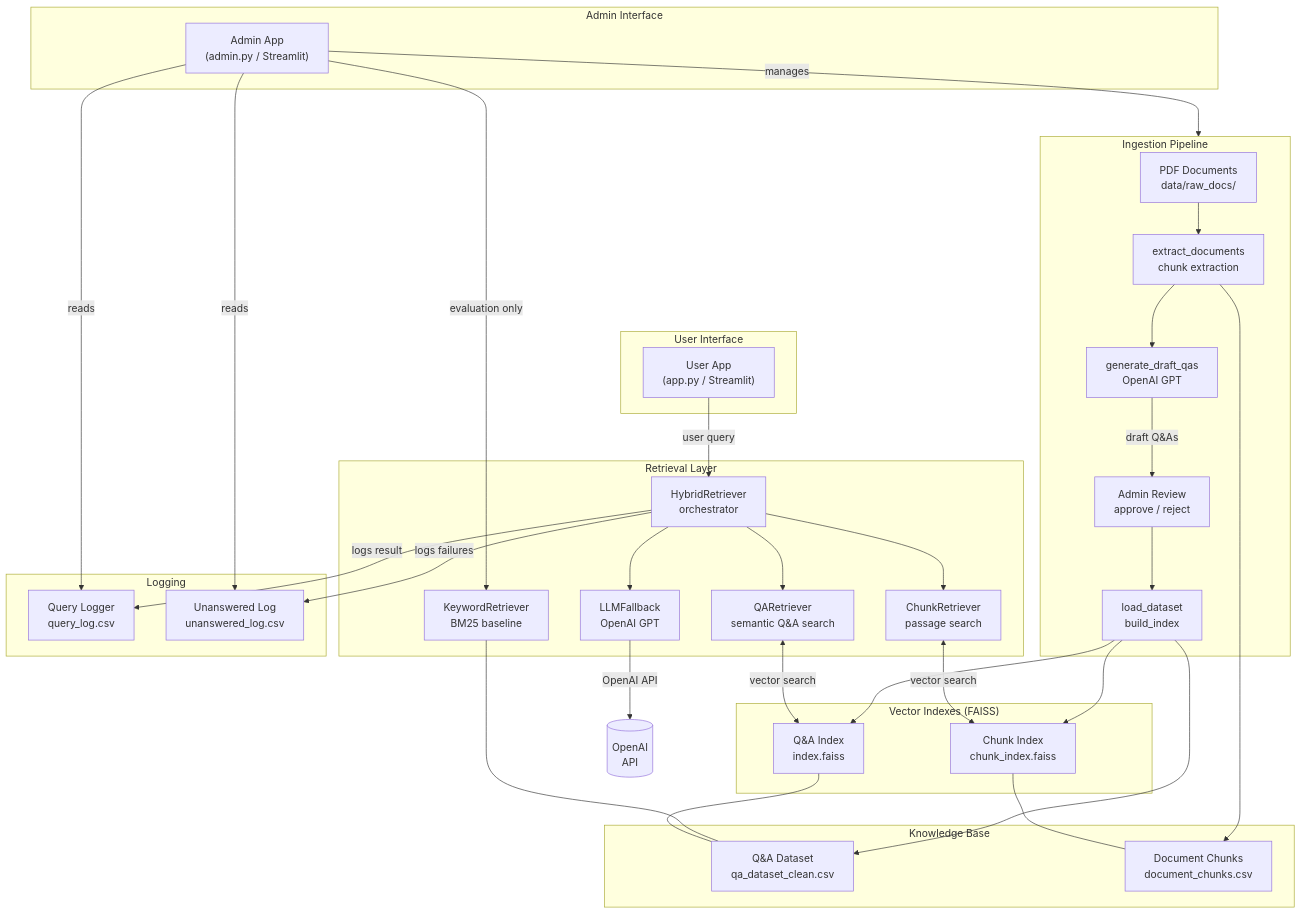
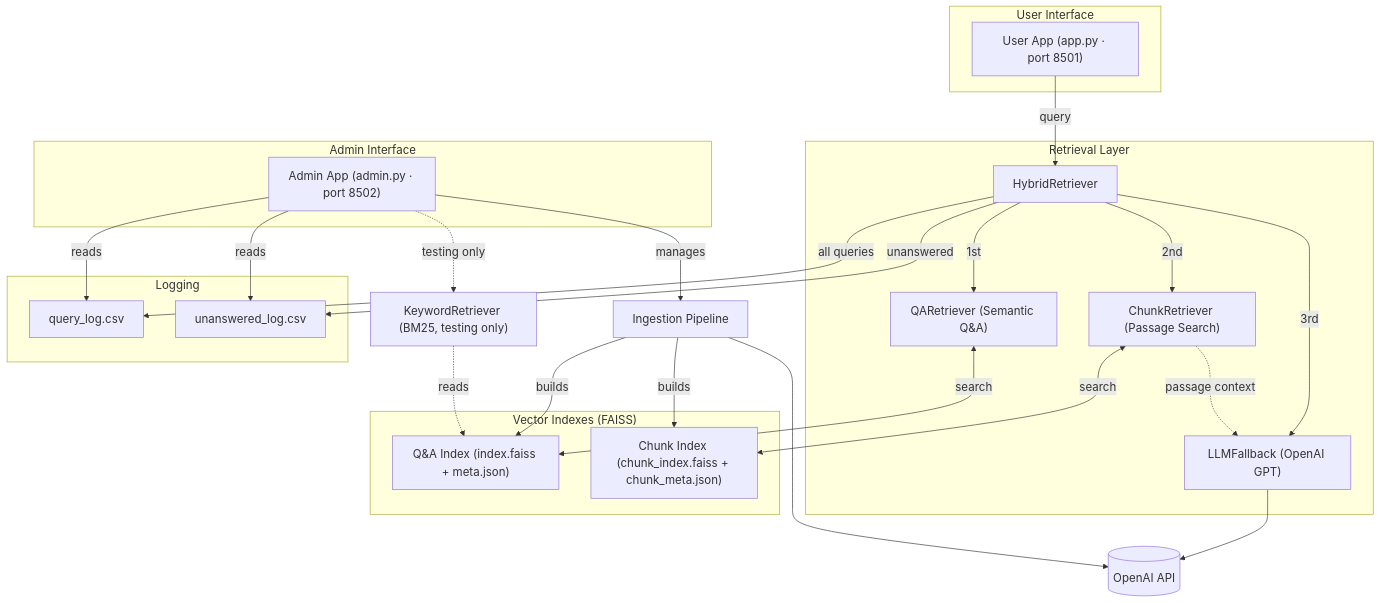
The first of 3 diagrams in diagrams.md (Mo24567/dissertation), drawn with Mermaid before and after one commit. The commit also changed other lines of this file and 11 other files, not shown here.

````diff
--- a/diagrams.md
+++ b/diagrams.md
@@ -9,70 +9,56 @@
 ```mermaid
+%%{init: {'theme': 'default', 'themeVariables': {'fontSize': '18px'}}}%%
 flowchart TD
     subgraph USER["User Interface"]
-        UA["User App\n(app.py / Streamlit)"]
+        UA["User App (app.py · port 8501)"]
     end
 
     subgraph ADMIN["Admin Interface"]
-        AA["Admin App\n(admin.py / Streamlit)"]
+        AA["Admin App (admin.py · port 8502)"]
     end
 
     subgraph RETRIEVAL["Retrieval Layer"]
-        HR["HybridRetriever\norchestrator"]
-        QR["QARetriever\nsemantic Q&A search"]
-        CR["ChunkRetriever\npassage search"]
-        LLM["LLMFallback\nOpenAI GPT"]
-        KR["KeywordRetriever\nBM25 baseline"]
+        HR["HybridRetriever"]
+        QR["QARetriever (Semantic Q&A)"]
+        CR["ChunkRetriever (Passage Search)"]
+        LLM["LLMFallback (OpenAI GPT)"]
     end
 
+    KR["KeywordRetriever (BM25, testing only)"]
+
     subgraph INDEXES["Vector Indexes (FAISS)"]
-        QI["Q&A Index\nindex.faiss"]
-        CI["Chunk Index\nchunk_index.faiss"]
-    end
-
-    subgraph STORE["Knowledge Base"]
-        KB["Q&A Dataset\nqa_dataset_clean.csv"]
-        CH["Document Chunks\ndocument_chunks.csv"]
-    end
-
-    subgraph INGEST["Ingestion Pipeline"]
-        PDF["PDF Documents\ndata/raw_docs/"]
-        EX["extract_documents\nchunk extraction"]
-        GEN["generate_draft_qas\nOpenAI GPT"]
-        REV["Admin Review\napprove / reject"]
-        LD["load_dataset\nbuild_index"]
+        QI["Q&A Index (index.faiss + meta.json)"]
+        CI["Chunk Index (chunk_index.faiss + chunk_meta.json)"]
     end
 
     subgraph LOG["Logging"]
-        QL["Query Logger\nquery_log.csv"]
-        UL["Unanswered Log\nunanswered_log.csv"]
+        QL["query_log.csv"]
+        UL["unanswered_log.csv"]
     end
 
-    UA -->|"user query"| HR
-    HR --> QR
-    HR --> CR
-    HR --> LLM
-    HR -->|"logs result"| QL
-    HR -->|"logs failures"| UL
+    INGEST["Ingestion Pipeline"]
+    OPENAI[("OpenAI API")]
 
-    QR <-->|"vector search"| QI
-    CR <-->|"vector search"| CI
-    QI --- KB
-    CI --- CH
+    UA -->|"query"| HR
+    HR -->|"1st"| QR
+    HR -->|"2nd"| CR
+    HR -->|"3rd"| LLM
+    HR -->|"all queries"| QL
+    HR -->|"unanswered"| UL
 
-    LLM -->|"OpenAI API"| OPENAI[("OpenAI\nAPI")]
+    QR <-->|"search"| QI
+    CR <-->|"search"| CI
+    CR -.->|"passage context"| LLM
+    LLM --> OPENAI
 
     AA -->|"manages"| INGEST
+    INGEST -->|"builds"| QI
+    INGEST -->|"builds"| CI
+    INGEST --> OPENAI
+
     AA -->|"reads"| QL
     AA -->|"reads"| UL
-    AA -->|"evaluation only"| KR
-    KR --- KB
+    AA -.->|"testing only"| KR
 
-    PDF --> EX
-    EX --> CH
-    EX --> GEN
-    GEN -->|"draft Q&As"| REV
-    REV --> LD
-    LD --> KB
-    LD --> QI
-    LD --> CI
+    KR -.->|"reads"| QI
 ```
````
